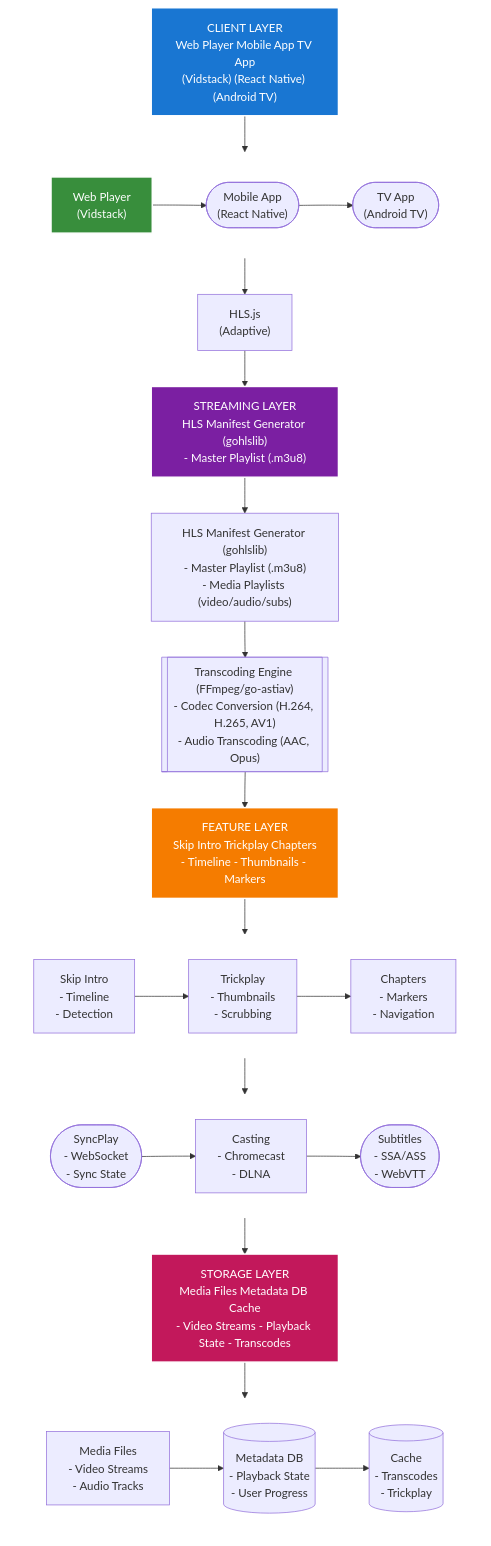
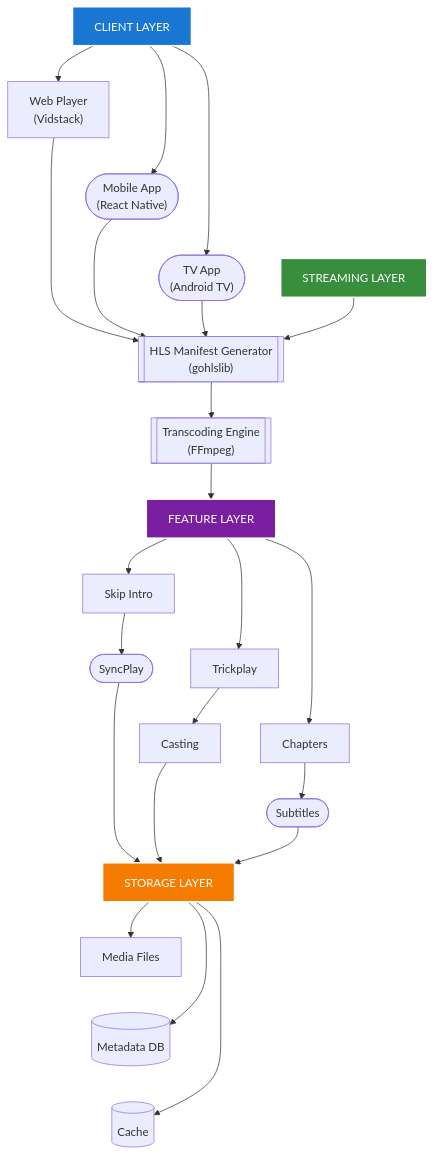
One commit to lusoris/revenge changed the diagram in docs/dev/design/architecture/04_PLAYER_ARCHITECTURE.md. Above: the diagram before and after it, drawn with Mermaid. The commit also changed 1 other file, not shown here.

Commit message:
fix(diagrams): use invisible links for horizontal layout in Mermaid
GitHub's Mermaid renderer doesn't support direction LR in subgraphs.
Using invisible links (~~~) instead to hint horizontal positioning.

````diff
--- a/docs/dev/design/architecture/04_PLAYER_ARCHITECTURE.md
+++ b/docs/dev/design/architecture/04_PLAYER_ARCHITECTURE.md
@@ -61,65 +61,63 @@
 ```mermaid
 flowchart TD
-    node1["CLIENT LAYER<br/>Web Player Mobile App TV App<br/>(Vidstack) (React Native) (Android TV)"]
-    subgraph row1[ ]
-        direction LR
-        node2["Web Player<br/>(Vidstack)"]
-        node3(["Mobile App<br/>(React Native)"])
-        node4(["TV App<br/>(Android TV)"])
-    end
-    node5["HLS.js<br/>(Adaptive)"]
-    node6["STREAMING LAYER<br/>HLS Manifest Generator (gohlslib)<br/>- Master Playlist (.m3u8)"]
-    node7["HLS Manifest Generator (gohlslib)<br/>- Master Playlist (.m3u8)<br/>- Media Playlists (video/audio/subs)"]
-    node8[["Transcoding Engine (FFmpeg/go-astiav)<br/>- Codec Conversion (H.264, H.265, AV1)<br/>- Audio Transcoding (AAC, Opus)"]]
-    node9["FEATURE LAYER<br/>Skip Intro Trickplay Chapters<br/>- Timeline - Thumbnails - Markers"]
-    subgraph row2[ ]
-        direction LR
-        node10["Skip Intro<br/>- Timeline<br/>- Detection"]
-        node11["Trickplay<br/>- Thumbnails<br/>- Scrubbing"]
-        node12["Chapters<br/>- Markers<br/>- Navigation"]
-    end
-    subgraph row3[ ]
-        direction LR
-        node13(["SyncPlay<br/>- WebSocket<br/>- Sync State"])
-        node14["Casting<br/>- Chromecast<br/>- DLNA"]
-        node15(["Subtitles<br/>- SSA/ASS<br/>- WebVTT"])
-    end
-    node16["STORAGE LAYER<br/>Media Files Metadata DB Cache<br/>- Video Streams - Playback State - Transcodes"]
-    subgraph row4[ ]
-        direction LR
-        node17["Media Files<br/>- Video Streams<br/>- Audio Tracks"]
-        node18[("Metadata DB<br/>- Playback State<br/>- User Progress")]
-        node19[("Cache<br/>- Transcodes<br/>- Trickplay")]
-    end
-    node2 --> node3
-    node3 --> node4
-    node10 --> node11
-    node11 --> node12
-    node13 --> node14
-    node14 --> node15
-    node17 --> node18
-    node18 --> node19
-    node1 --> node2
-    node4 --> node5
-    node5 --> node6
-    node6 --> node7
-    node7 --> node8
-    node8 --> node9
-    node9 --> node10
-    node12 --> node13
-    node15 --> node16
-    node16 --> node17
+    %% CLIENT LAYER
+    CL["CLIENT LAYER"]
+    Web["Web Player<br/>(Vidstack)"]
+    Mobile(["Mobile App<br/>(React Native)"])
+    TV(["TV App<br/>(Android TV)"])
+
+    %% STREAMING LAYER
+    SL["STREAMING LAYER"]
+    HLS[["HLS Manifest Generator<br/>(gohlslib)"]]
+    Trans[["Transcoding Engine<br/>(FFmpeg)"]]
+
+    %% FEATURE LAYER
+    FL["FEATURE LAYER"]
+    Skip["Skip Intro"]
+    Trick["Trickplay"]
+    Chap["Chapters"]
+    Sync(["SyncPlay"])
+    Cast["Casting"]
+    Subs(["Subtitles"])
+
+    %% STORAGE LAYER
+    STL["STORAGE LAYER"]
+    Media["Media Files"]
+    MetaDB[("Metadata DB")]
+    Cache[("Cache")]
+
+    %% Invisible links for horizontal layout
+    Web ~~~ Mobile ~~~ TV
+    Skip ~~~ Trick ~~~ Chap
+    Sync ~~~ Cast ~~~ Subs
+    Media ~~~ MetaDB ~~~ Cache
+
+    %% Vertical connections between layers
+    CL --> Web
+    CL --> Mobile
+    CL --> TV
+    Web --> HLS
+    Mobile --> HLS
+    TV --> HLS
+    SL --> HLS
+    HLS --> Trans
+    Trans --> FL
+    FL --> Skip
+    FL --> Trick
+    FL --> Chap
+    Skip --> Sync
+    Trick --> Cast
+    Chap --> Subs
+    Sync --> STL
+    Cast --> STL
+    Subs --> STL
+    STL --> Media
+    STL --> MetaDB
+    STL --> Cache
 
     %% Layer styling
-    style node1 fill:#1976D2,stroke:#fff,stroke-width:2px,color:#fff
-    style node2 fill:#388E3C,stroke:#fff,stroke-width:2px,color:#fff
-    style node6 fill:#7B1FA2,stroke:#fff,stroke-width:2px,color:#fff
-    style node9 fill:#F57C00,stroke:#fff,stroke-width:2px,color:#fff
-    style node16 fill:#C2185B,stroke:#fff,stroke-width:2px,color:#fff
-
-    %% Hide row subgraph borders
-    style row1 fill:transparent,stroke:transparent
-    style row2 fill:transparent,stroke:transparent
-    style row3 fill:transparent,stroke:transparent
-    style row4 fill:transparent,stroke:transparent
+    style CL fill:#1976D2,stroke:#fff,stroke-width:2px,color:#fff
+    style SL fill:#388E3C,stroke:#fff,stroke-width:2px,color:#fff
+    style FL fill:#7B1FA2,stroke:#fff,stroke-width:2px,color:#fff
+    style STL fill:#F57C00,stroke:#fff,stroke-width:2px,color:#fff
 ```
````
